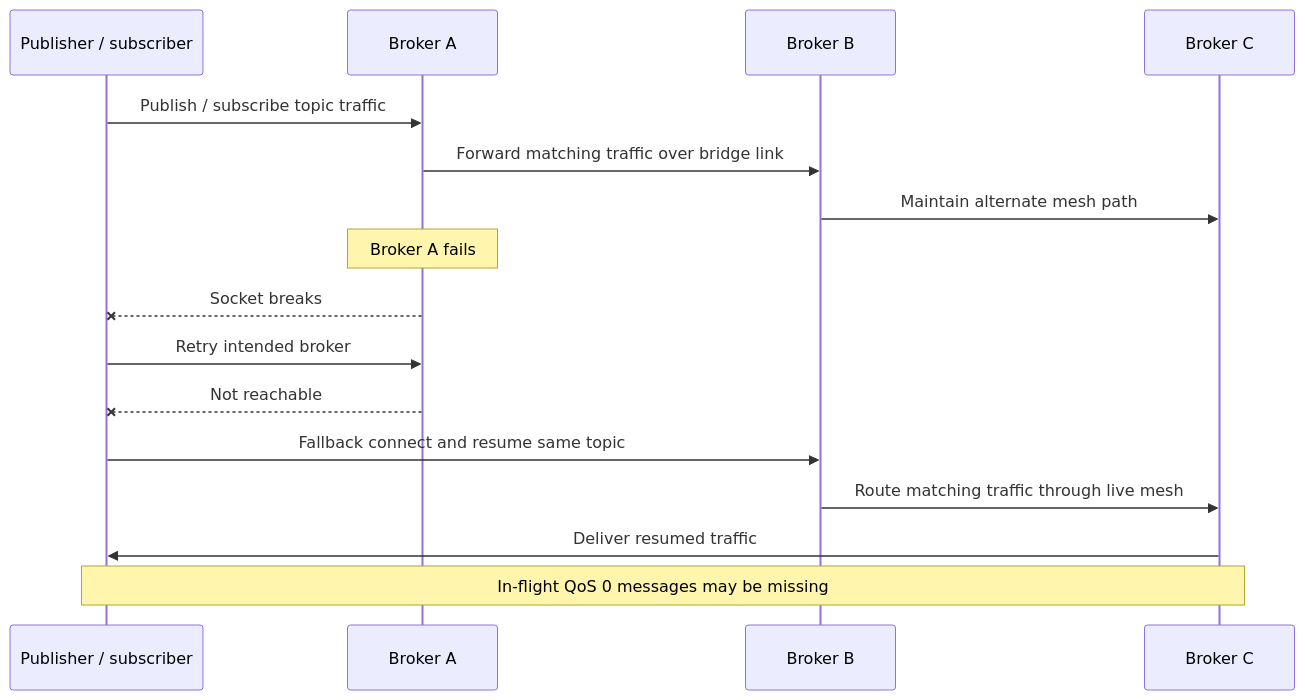
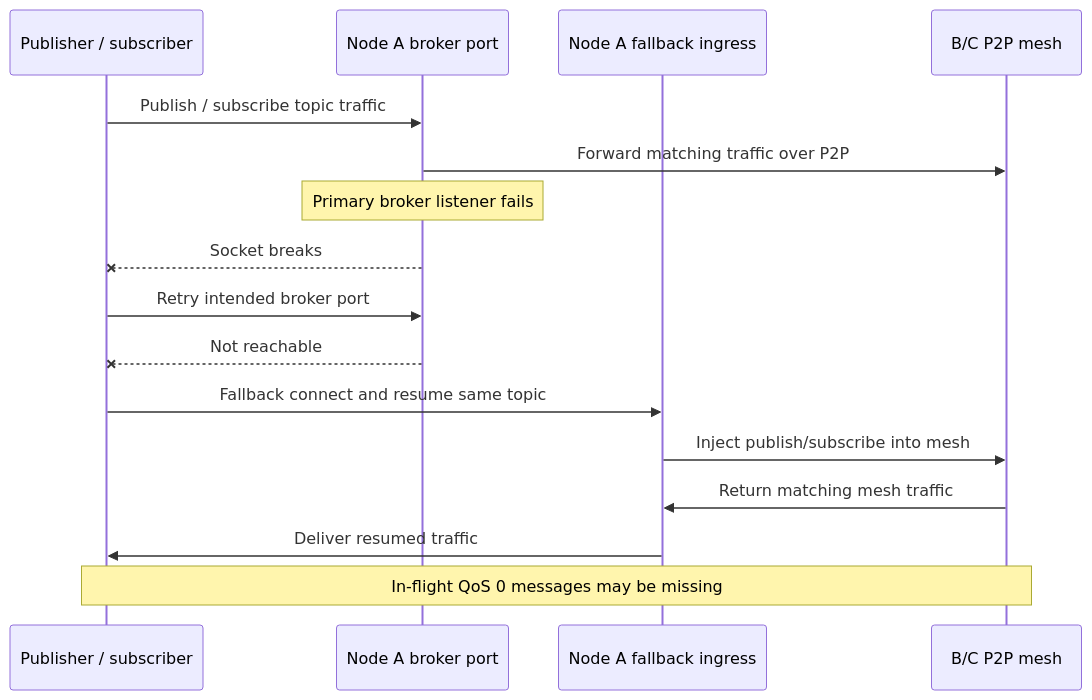
Before and after one commit to judadao/mqtt_field_bridge_app: the third of 3 diagrams in README.md, drawn with Mermaid. The commit also changed other lines of this file, not shown here.

Commit message:
Clarify mesh fallback recovery process

````diff
--- a/README.md
+++ b/README.md
@@ -170,21 +173,21 @@
 ```mermaid
 sequenceDiagram
     participant Client as Publisher / subscriber
-    participant A as Broker A
-    participant B as Broker B
-    participant C as Broker C
+    participant A1883 as Node A broker port
+    participant A1884 as Node A fallback ingress
+    participant Mesh as B/C P2P mesh
 
-    Client->>A: Publish / subscribe topic traffic
-    A->>B: Forward matching traffic over bridge link
-    B->>C: Maintain alternate mesh path
+    Client->>A1883: Publish / subscribe topic traffic
+    A1883->>Mesh: Forward matching traffic over P2P
 
-    Note over A: Broker A fails
-    A--xClient: Socket breaks
-    Client->>A: Retry intended broker
-    A--xClient: Not reachable
+    Note over A1883: Primary broker listener fails
+    A1883--xClient: Socket breaks
+    Client->>A1883: Retry intended broker port
+    A1883--xClient: Not reachable
 
-    Client->>B: Fallback connect and resume same topic
-    B->>C: Route matching traffic through live mesh
-    C->>Client: Deliver resumed traffic
-    Note over Client,C: In-flight QoS 0 messages may be missing
+    Client->>A1884: Fallback connect and resume same topic
+    A1884->>Mesh: Inject publish/subscribe into mesh
+    Mesh->>A1884: Return matching mesh traffic
+    A1884->>Client: Deliver resumed traffic
+    Note over Client,Mesh: In-flight QoS 0 messages may be missing
 ```
````
